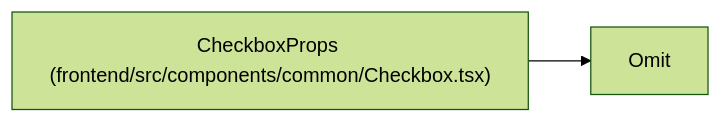
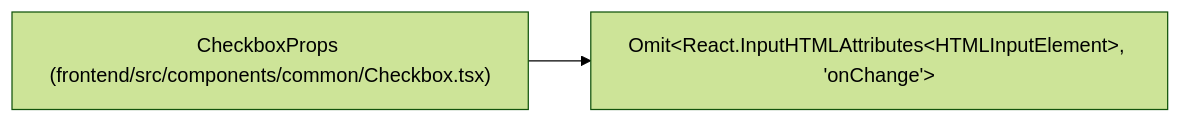
One commit to Denissvgn/WorkChord changed the diagram in docs/llm_wiki/entities/CheckboxProps.md. Above: the diagram before and after it, drawn with Mermaid (forest theme). The commit also changed other lines of this file and 25171 other files, not shown here.

````diff
--- a/docs/llm_wiki/entities/CheckboxProps.md
+++ b/docs/llm_wiki/entities/CheckboxProps.md
@@ -26,7 +26,7 @@
 ```mermaid
 flowchart LR
     n0["CheckboxProps (frontend/src/components/common/Checkbox.tsx)"]
-    n1["Omit"]
+    n1["Omit#60;React.InputHTMLAttributes#60;HTMLInputElement#62;, 'onChange'#62;"]
     n0 --> n1
     click n0 "../modules/Checkbox.md"
 ```
````
